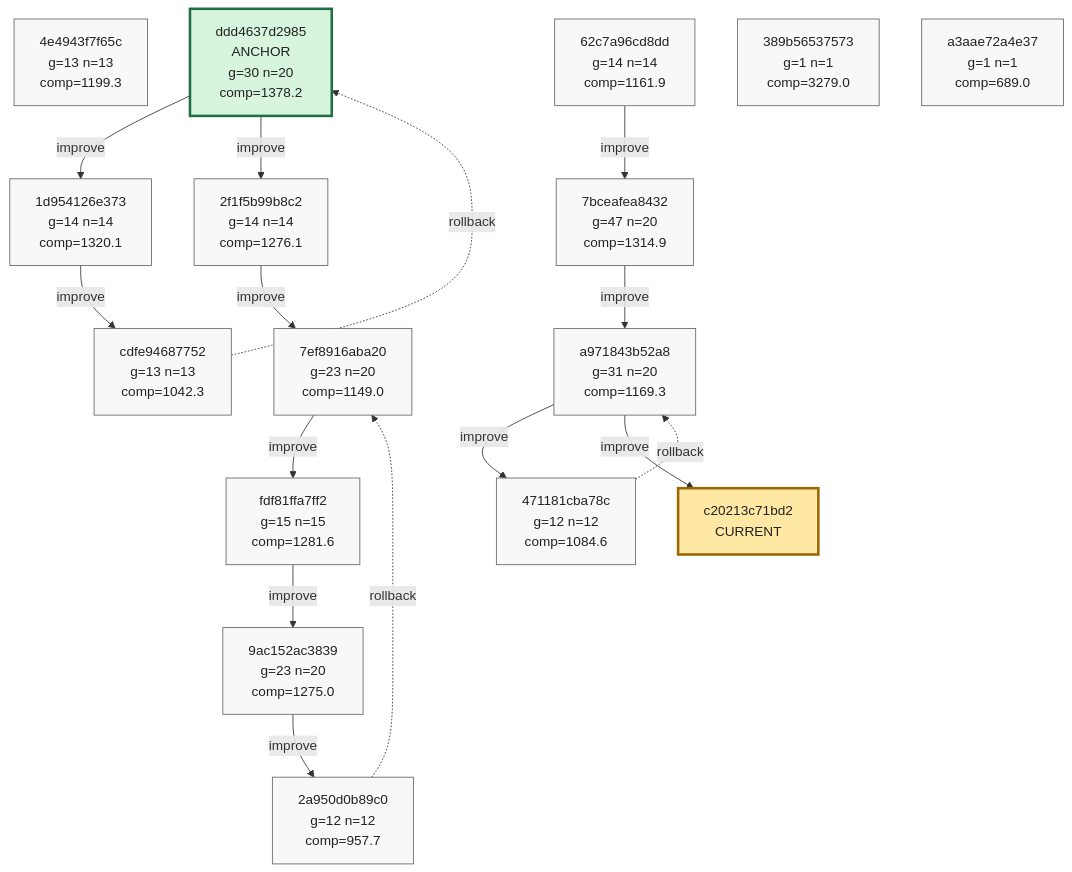
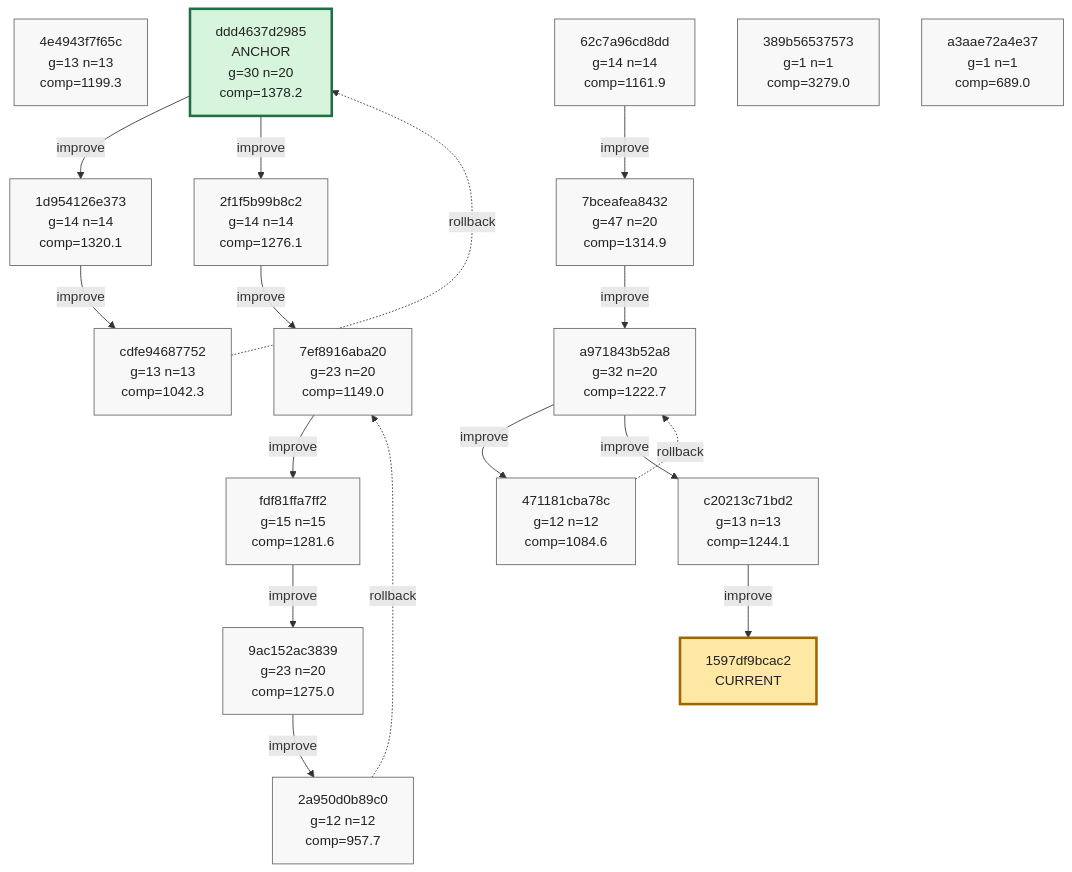
Before and after one commit to azumag/soviet_now: the ninth of 9 diagrams in phyrogenetic-tree.md, drawn with Mermaid. The commit also changed other lines of this file and 2 other files, not shown here.

Commit message:
eloop Improve after 12 games (scores: 850 883 1133 771 1779 1777 1094 2759 1596 1645 1450 2063)

````diff
--- a/phyrogenetic-tree.md
+++ b/phyrogenetic-tree.md
@@ -2236,56 +2237,59 @@
 ```mermaid
 flowchart TD
     h_4e4943f7f65c["4e4943f7f65c<br/>g=13 n=13<br/>comp=1199.3"]
     h_ddd4637d2985["ddd4637d2985<br/>ANCHOR<br/>g=30 n=20<br/>comp=1378.2"]
     h_1d954126e373["1d954126e373<br/>g=14 n=14<br/>comp=1320.1"]
     h_cdfe94687752["cdfe94687752<br/>g=13 n=13<br/>comp=1042.3"]
     h_2f1f5b99b8c2["2f1f5b99b8c2<br/>g=14 n=14<br/>comp=1276.1"]
     h_7ef8916aba20["7ef8916aba20<br/>g=23 n=20<br/>comp=1149.0"]
     h_fdf81ffa7ff2["fdf81ffa7ff2<br/>g=15 n=15<br/>comp=1281.6"]
     h_9ac152ac3839["9ac152ac3839<br/>g=23 n=20<br/>comp=1275.0"]
     h_2a950d0b89c0["2a950d0b89c0<br/>g=12 n=12<br/>comp=957.7"]
     h_62c7a96cd8dd["62c7a96cd8dd<br/>g=14 n=14<br/>comp=1161.9"]
     h_7bceafea8432["7bceafea8432<br/>g=47 n=20<br/>comp=1314.9"]
-    h_a971843b52a8["a971843b52a8<br/>g=31 n=20<br/>comp=1169.3"]
+    h_a971843b52a8["a971843b52a8<br/>g=32 n=20<br/>comp=1222.7"]
     h_471181cba78c["471181cba78c<br/>g=12 n=12<br/>comp=1084.6"]
+    h_c20213c71bd2["c20213c71bd2<br/>g=13 n=13<br/>comp=1244.1"]
     h_389b56537573["389b56537573<br/>g=1 n=1<br/>comp=3279.0"]
     h_a3aae72a4e37["a3aae72a4e37<br/>g=1 n=1<br/>comp=689.0"]
-    h_c20213c71bd2["c20213c71bd2<br/>CURRENT"]
+    h_1597df9bcac2["1597df9bcac2<br/>CURRENT"]
 
     h_ddd4637d2985 -->|improve| h_1d954126e373
     h_1d954126e373 -->|improve| h_cdfe94687752
     h_cdfe94687752 -. rollback .-> h_ddd4637d2985
     h_ddd4637d2985 -->|improve| h_2f1f5b99b8c2
     h_2f1f5b99b8c2 -->|improve| h_7ef8916aba20
     h_7ef8916aba20 -->|improve| h_fdf81ffa7ff2
     h_fdf81ffa7ff2 -->|improve| h_9ac152ac3839
     h_9ac152ac3839 -->|improve| h_2a950d0b89c0
     h_2a950d0b89c0 -. rollback .-> h_7ef8916aba20
     h_62c7a96cd8dd -->|improve| h_7bceafea8432
     h_7bceafea8432 -->|improve| h_a971843b52a8
     h_a971843b52a8 -->|improve| h_471181cba78c
     h_471181cba78c -. rollback .-> h_a971843b52a8
     h_a971843b52a8 -->|improve| h_c20213c71bd2
+    h_c20213c71bd2 -->|improve| h_1597df9bcac2
 
     classDef plain fill:#f8f8f8,stroke:#666,stroke-width:1px,color:#222;
     classDef current fill:#ffe8a3,stroke:#9a6700,stroke-width:3px,color:#222;
     classDef anchor fill:#d7f5dd,stroke:#1f6f43,stroke-width:3px,color:#222;
     classDef current_anchor fill:#f3e4a8,stroke:#1f6f43,stroke-width:4px,color:#222;
 
     class h_4e4943f7f65c plain;
     class h_ddd4637d2985 anchor;
     class h_1d954126e373 plain;
     class h_cdfe94687752 plain;
     class h_2f1f5b99b8c2 plain;
     class h_7ef8916aba20 plain;
     class h_fdf81ffa7ff2 plain;
     class h_9ac152ac3839 plain;
     class h_2a950d0b89c0 plain;
     class h_62c7a96cd8dd plain;
     class h_7bceafea8432 plain;
     class h_a971843b52a8 plain;
     class h_471181cba78c plain;
+    class h_c20213c71bd2 plain;
     class h_389b56537573 plain;
     class h_a3aae72a4e37 plain;
-    class h_c20213c71bd2 current;
+    class h_1597df9bcac2 current;
 ```
````
